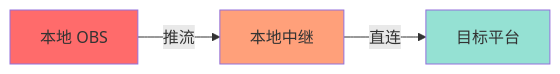
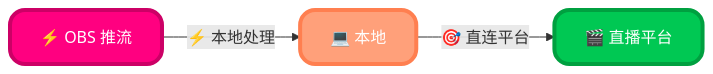
Before and after one commit to biefan/kazerelay: the second of 3 diagrams in README.md, drawn with Mermaid. The commit also changed other lines of this file, not shown here.

````diff
--- a/README.md
+++ b/README.md
@@ -338,8 +498,9 @@
 ```mermaid
 graph LR
-    A[本地 OBS] -->|推流| B[本地中继]
-    B -->|直连| C[目标平台]
-    style A fill:#FF6B6B
-    style B fill:#FFA07A
-    style C fill:#95E1D3
+    A["⚡ OBS 推流"] -->|"⚡ 本地处理"| B["💻 本地"]
+    B -->|"🎯 直连平台"| C["🎬 直播平台"]
+    
+    style A fill:#FF0080,stroke:#CC0066,stroke-width:4px,color:#fff,rx:15,ry:15
+    style B fill:#FFA07A,stroke:#FF7F50,stroke-width:4px,color:#fff,rx:15,ry:15
+    style C fill:#00C853,stroke:#00A040,stroke-width:4px,color:#fff,rx:15,ry:15
 ```
````
